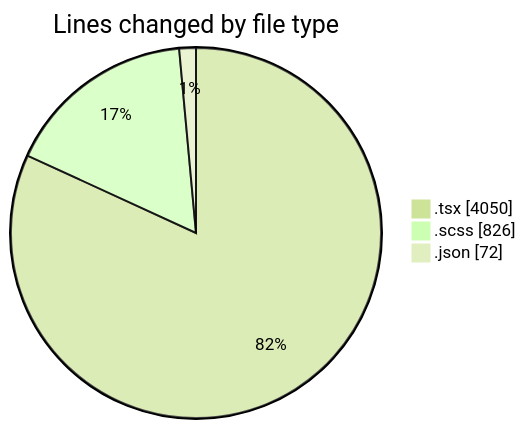
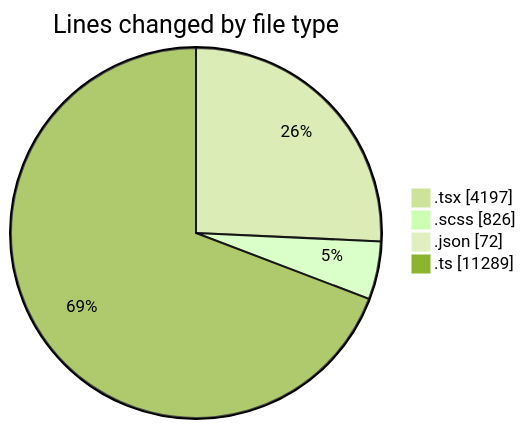
The first of 2 diagrams in 2026-10-20/cda/README.md (momahboobian/code-tracking), drawn with Mermaid (forest theme) before and after one commit. The commit also changed other lines of this file and 1 other file, not shown here.

````diff
--- a/2026-10-20/cda/README.md
+++ b/2026-10-20/cda/README.md
@@ -36,7 +41,8 @@
 ```mermaid
 pie showData
 title Lines changed by file type
-".tsx" : 4050
+".tsx" : 4197
 ".scss" : 826
 ".json" : 72
+".ts" : 11289
 ```
````
